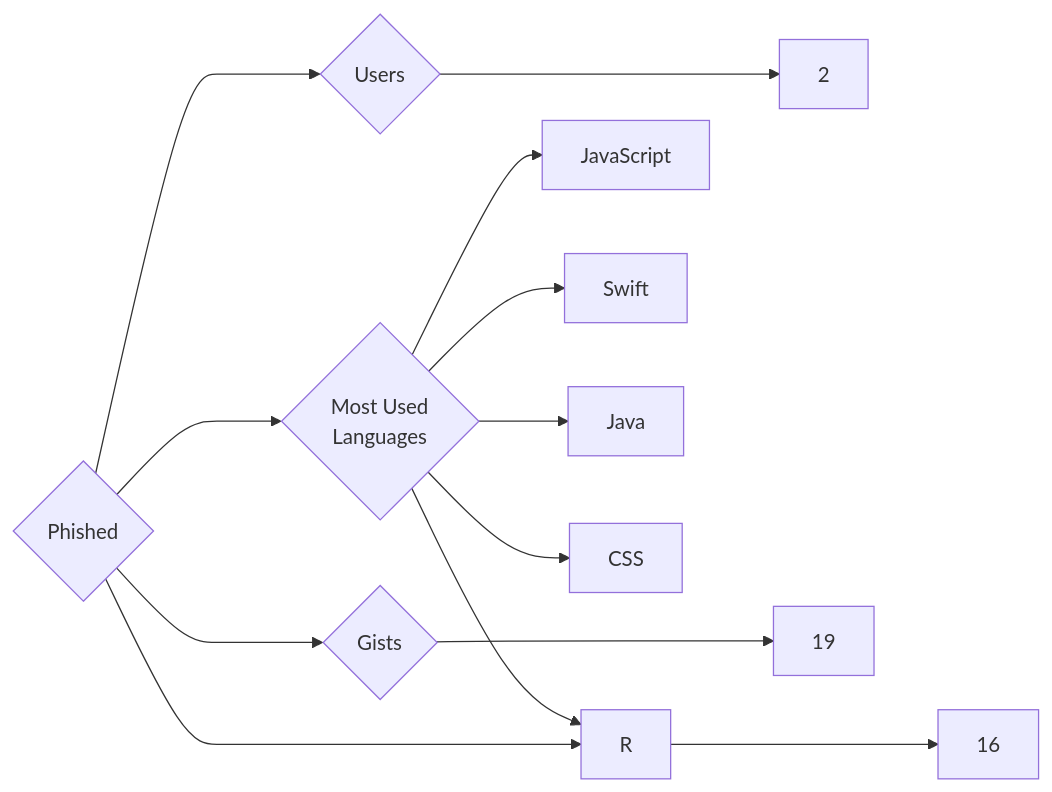
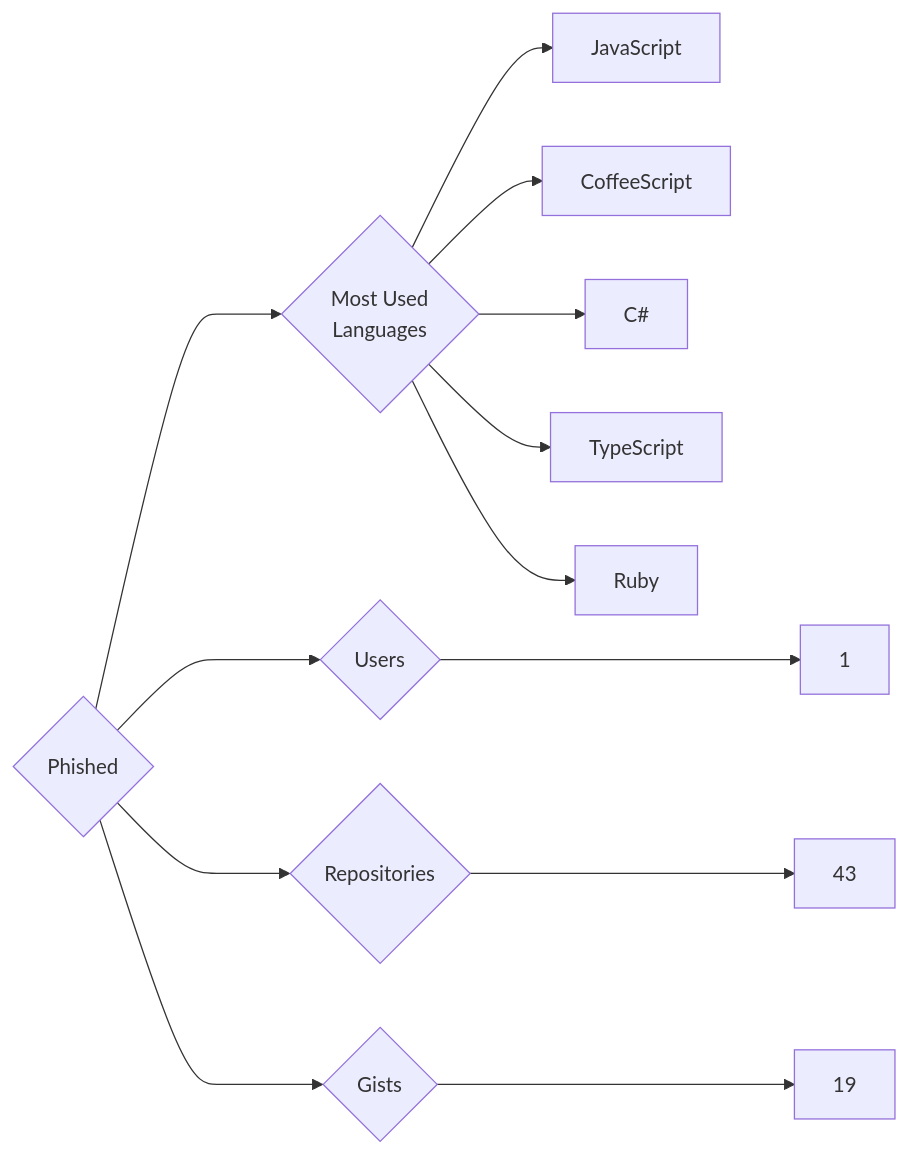
Before and after one commit to trickest/insiders: the diagram in targets/Phished/README.md, drawn with Mermaid. The commit also changed 895 other files, not shown here.

````diff
--- a/targets/Phished/README.md
+++ b/targets/Phished/README.md
@@ -3,13 +3,13 @@
 ```mermaid
 graph LR
 COMPANY_NAME{Phished}
-COMPANY_NAME ---> U{Users} ---> UN[2]
-COMPANY_NAME ---> R{Repositories} ---> RN[16]
+COMPANY_NAME ---> U{Users} ---> UN[1]
+COMPANY_NAME ---> R{Repositories} ---> RN[43]
 COMPANY_NAME ---> G{Gists} ---> GN[19]
 COMPANY_NAME ---> ML{Most Used<br>Languages}
 ML --> JavaScript[JavaScript]
-ML --> R[R]
-ML --> Swift[Swift]
-ML --> Java[Java]
-ML --> CSS[CSS]
+ML --> CoffeeScript[CoffeeScript]
+ML --> C#[C#]
+ML --> TypeScript[TypeScript]
+ML --> Ruby[Ruby]
 ```
````
